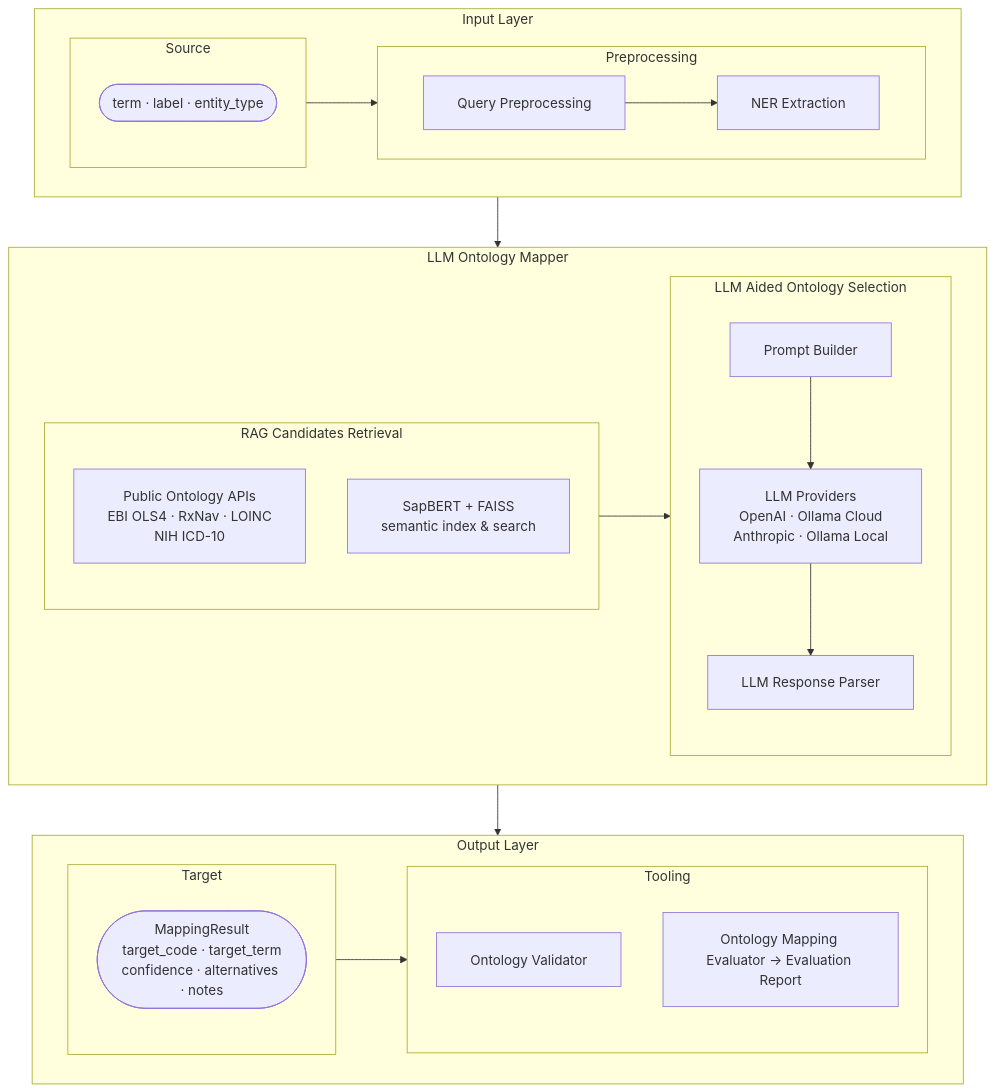
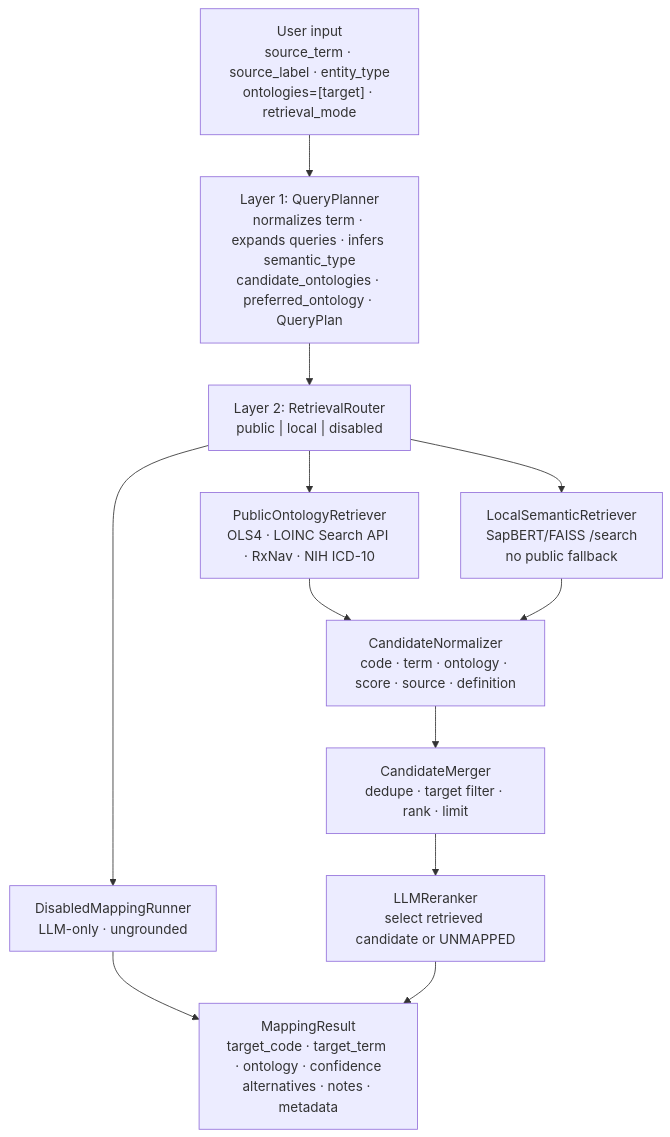
Before and after one commit to courtotlab/llm-ontology-mapper: the diagram in README.md, drawn with Mermaid. The commit also changed other lines of this file and 7 other files, not shown here.

````diff
--- a/README.md
+++ b/README.md
@@ -7,50 +9,19 @@
 ```mermaid
-%%{init: {"flowchart": {"nodeSpacing": 50, "rankSpacing": 60, "padding": 20}} }%%
 flowchart TB
-    subgraph Input["Input Layer"]
-        direction LR
-        subgraph Src["Source"]
-            SF(["term · label · entity_type"])
-        end
-        subgraph Prep["Preprocessing"]
-            direction LR
-            QP["Query Preprocessing"]
-            NER["NER Extraction"]
-            QP --> NER
-        end
-        Src --> Prep
-    end
+    In["User input<br/>source_term · source_label · entity_type<br/>ontologies=[target] · retrieval_mode"]
+    Plan["Layer 1: QueryPlanner<br/>normalizes term · expands queries · infers semantic_type<br/>candidate_ontologies · preferred_ontology · QueryPlan"]
+    Route["Layer 2: RetrievalRouter<br/>public | local | disabled"]
+    Public["PublicOntologyRetriever<br/>OLS4 · LOINC Search API · RxNav · NIH ICD-10"]
+    Local["LocalSemanticRetriever<br/>SapBERT/FAISS /search<br/>no public fallback"]
+    Disabled["DisabledMappingRunner<br/>LLM-only · ungrounded"]
+    Norm["CandidateNormalizer<br/>code · term · ontology · score · source · definition"]
+    Merge["CandidateMerger<br/>dedupe · target filter · rank · limit"]
+    Rerank["LLMReranker<br/>select retrieved candidate or UNMAPPED"]
+    Out["MappingResult<br/>target_code · target_term · ontology · confidence<br/>alternatives · notes · metadata"]
 
-    subgraph Mapper["LLM Ontology Mapper"]
-        direction LR
-        subgraph RAG["RAG Candidates Retrieval"]
-            direction TB
-            API["Public Ontology APIs<br/>EBI OLS4 · RxNav · LOINC<br/>NIH ICD-10"]
-            FAISS["SapBERT + FAISS<br/>semantic index & search"]
-        end
-        subgraph LLMSel["LLM Aided Ontology Selection"]
-            direction TB
-            PB["Prompt Builder"]
-            PROV["LLM Providers<br/>OpenAI · Ollama Cloud<br/>Anthropic · Ollama Local"]
-            RP["LLM Response Parser"]
-            PB --> PROV --> RP
-        end
-        RAG --> LLMSel
-    end
-
-    subgraph OutLayer["Output Layer"]
-        direction LR
-        subgraph Out["Target"]
-            MR(["MappingResult<br/>target_code · target_term<br/>confidence · alternatives · notes"])
-        end
-        subgraph Tools["Tooling"]
-            direction TB
-            V["Ontology Validator"]
-            E["Ontology Mapping Evaluator → Evaluation Report"]
-        end
-        Out --> Tools
-    end
-
-    Input --> Mapper
-    Mapper --> OutLayer
+    In --> Plan --> Route
+    Route --> Public --> Norm
+    Route --> Local --> Norm
+    Route --> Disabled --> Out
+    Norm --> Merge --> Rerank --> Out
 ```
````
